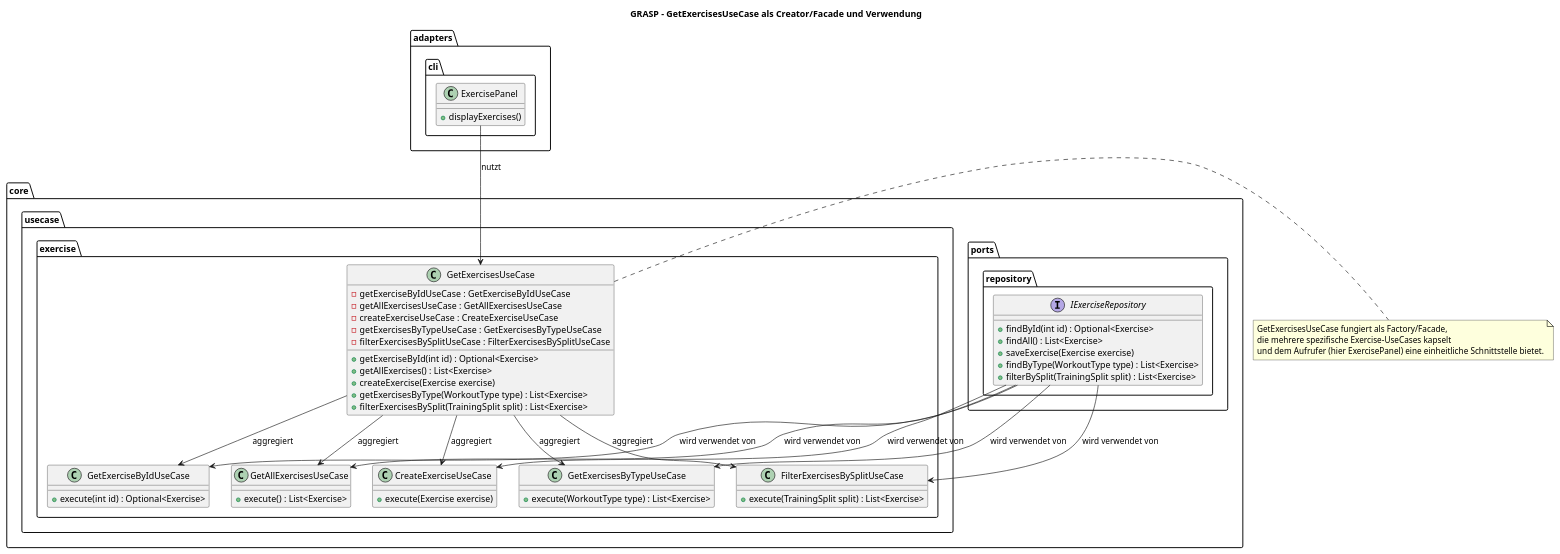
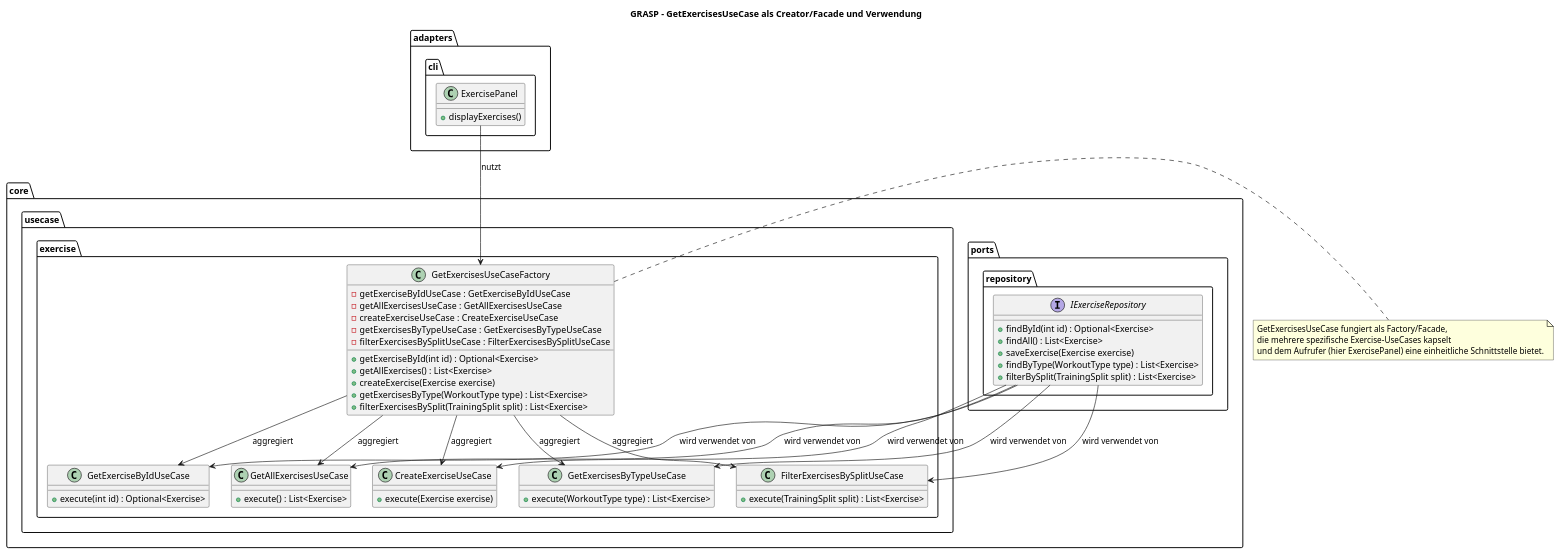
Before and after one commit to NeeroxZ/FitTrackPro_v2: the diagram in protokoll/UML/kapitel4/geringe.puml, drawn with PlantUML. The commit also changed 13 other files, not shown here.

Commit message:
Hinzufügen des Protokoll...... - ändern UML

```diff
--- a/protokoll/UML/kapitel4/geringe.puml
+++ b/protokoll/UML/kapitel4/geringe.puml
@@ -1,82 +1,82 @@
 @startuml GetExercisesUseCase_GRASP
 title GRASP – GetExercisesUseCase als Creator/Facade und Verwendung
 
 ' Package: Repository-Interface für Übungen
 package "core.ports.repository" {
   interface IExerciseRepository {
     + findById(int id) : Optional<Exercise>
     + findAll() : List<Exercise>
     + saveExercise(Exercise exercise)
     + findByType(WorkoutType type) : List<Exercise>
     + filterBySplit(TrainingSplit split) : List<Exercise>
   }
 }
 
 ' Package: Use Cases im Exercise-Bereich
 package "core.usecase.exercise" {
   class GetExerciseByIdUseCase {
     + execute(int id) : Optional<Exercise>
   }
 
   class GetAllExercisesUseCase {
     + execute() : List<Exercise>
   }
 
   class CreateExerciseUseCase {
     + execute(Exercise exercise)
   }
 
   class GetExercisesByTypeUseCase {
     + execute(WorkoutType type) : List<Exercise>
   }
 
   class FilterExercisesBySplitUseCase {
     + execute(TrainingSplit split) : List<Exercise>
   }
 
   ' Der GetExercisesUseCase kapselt alle spezifischen Use Cases
-  class GetExercisesUseCase {
+  class GetExercisesUseCaseFactory {
     - getExerciseByIdUseCase : GetExerciseByIdUseCase
     - getAllExercisesUseCase : GetAllExercisesUseCase
     - createExerciseUseCase : CreateExerciseUseCase
     - getExercisesByTypeUseCase : GetExercisesByTypeUseCase
     - filterExercisesBySplitUseCase : FilterExercisesBySplitUseCase
     + getExerciseById(int id) : Optional<Exercise>
     + getAllExercises() : List<Exercise>
     + createExercise(Exercise exercise)
     + getExercisesByType(WorkoutType type) : List<Exercise>
     + filterExercisesBySplit(TrainingSplit split) : List<Exercise>
   }
 }
 
 ' Package: Beispielhafter Aufrufer in der Anwendung
 package "adapters.cli" {
   class ExercisePanel {
     + displayExercises()
   }
 }
 
 ' Beziehungen zwischen dem Repository und den spezifischen Use Cases
 IExerciseRepository --> GetExerciseByIdUseCase : "wird verwendet von"
 IExerciseRepository --> GetAllExercisesUseCase : "wird verwendet von"
 IExerciseRepository --> CreateExerciseUseCase : "wird verwendet von"
 IExerciseRepository --> GetExercisesByTypeUseCase : "wird verwendet von"
 IExerciseRepository --> FilterExercisesBySplitUseCase : "wird verwendet von"
 
 ' Aggregation der spezifischen Use Cases im GetExercisesUseCase
-GetExercisesUseCase --> GetExerciseByIdUseCase : "aggregiert"
-GetExercisesUseCase --> GetAllExercisesUseCase : "aggregiert"
-GetExercisesUseCase --> CreateExerciseUseCase : "aggregiert"
-GetExercisesUseCase --> GetExercisesByTypeUseCase : "aggregiert"
-GetExercisesUseCase --> FilterExercisesBySplitUseCase : "aggregiert"
+GetExercisesUseCaseFactory --> GetExerciseByIdUseCase : "aggregiert"
+GetExercisesUseCaseFactory --> GetAllExercisesUseCase : "aggregiert"
+GetExercisesUseCaseFactory --> CreateExerciseUseCase : "aggregiert"
+GetExercisesUseCaseFactory --> GetExercisesByTypeUseCase : "aggregiert"
+GetExercisesUseCaseFactory --> FilterExercisesBySplitUseCase : "aggregiert"
 
 ' Das ExercisePanel nutzt den GetExercisesUseCase
-ExercisePanel --> GetExercisesUseCase : "nutzt"
+ExercisePanel --> GetExercisesUseCaseFactory : "nutzt"
 
-note right of GetExercisesUseCase
+note right of GetExercisesUseCaseFactory
   GetExercisesUseCase fungiert als Factory/Facade,
   die mehrere spezifische Exercise-UseCases kapselt
   und dem Aufrufer (hier ExercisePanel) eine einheitliche Schnittstelle bietet.
 end note
 
 @enduml
```
